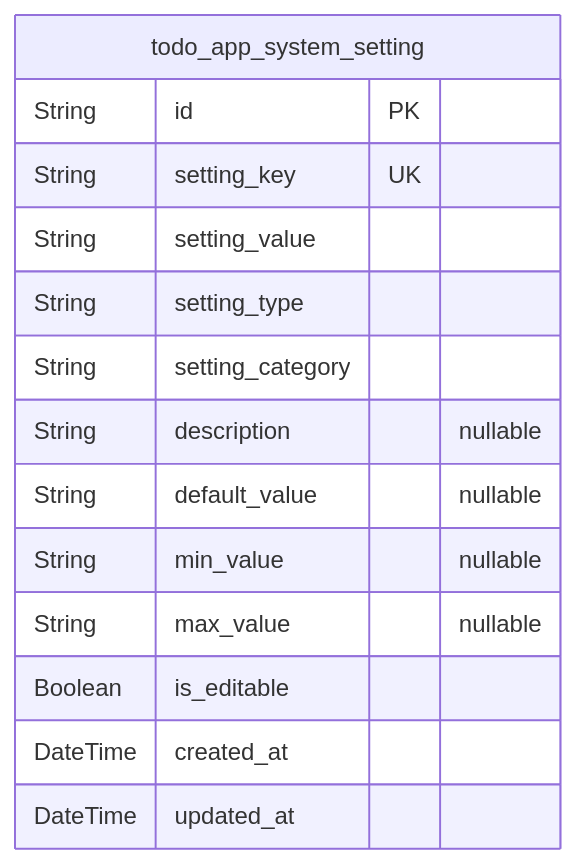
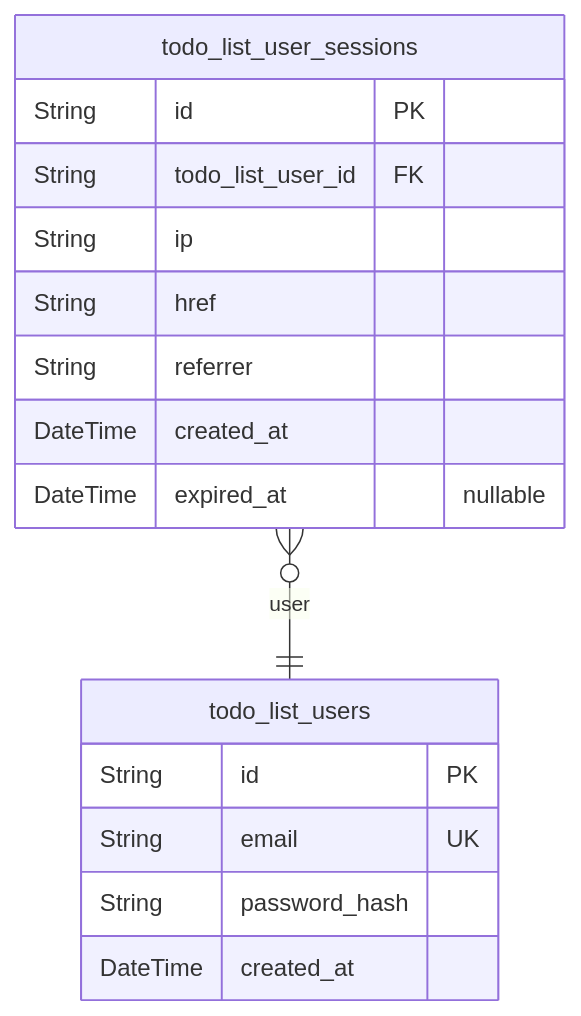
The first of 2 diagrams in anthropic/claude-haiku-4.5/todo/docs/ERD.md (wrtnlabs/autobe-examples), drawn with Mermaid before and after one commit. The commit also changed other lines of this file and 3372 other files, not shown here.

````diff
--- a/anthropic/claude-haiku-4.5/todo/docs/ERD.md
+++ b/anthropic/claude-haiku-4.5/todo/docs/ERD.md
@@ -12,17 +10,19 @@
 ```mermaid
 erDiagram
-"todo_app_system_setting" {
+"todo_list_users" {
   String id PK
-  String setting_key UK
-  String setting_value
-  String setting_type
-  String setting_category
-  String description "nullable"
-  String default_value "nullable"
-  String min_value "nullable"
-  String max_value "nullable"
-  Boolean is_editable
+  String email UK
+  String password_hash
   DateTime created_at
-  DateTime updated_at
 }
+"todo_list_user_sessions" {
+  String id PK
+  String todo_list_user_id FK
+  String ip
+  String href
+  String referrer
+  DateTime created_at
+  DateTime expired_at "nullable"
+}
+"todo_list_user_sessions" }o--|| "todo_list_users" : user
 ```
````
